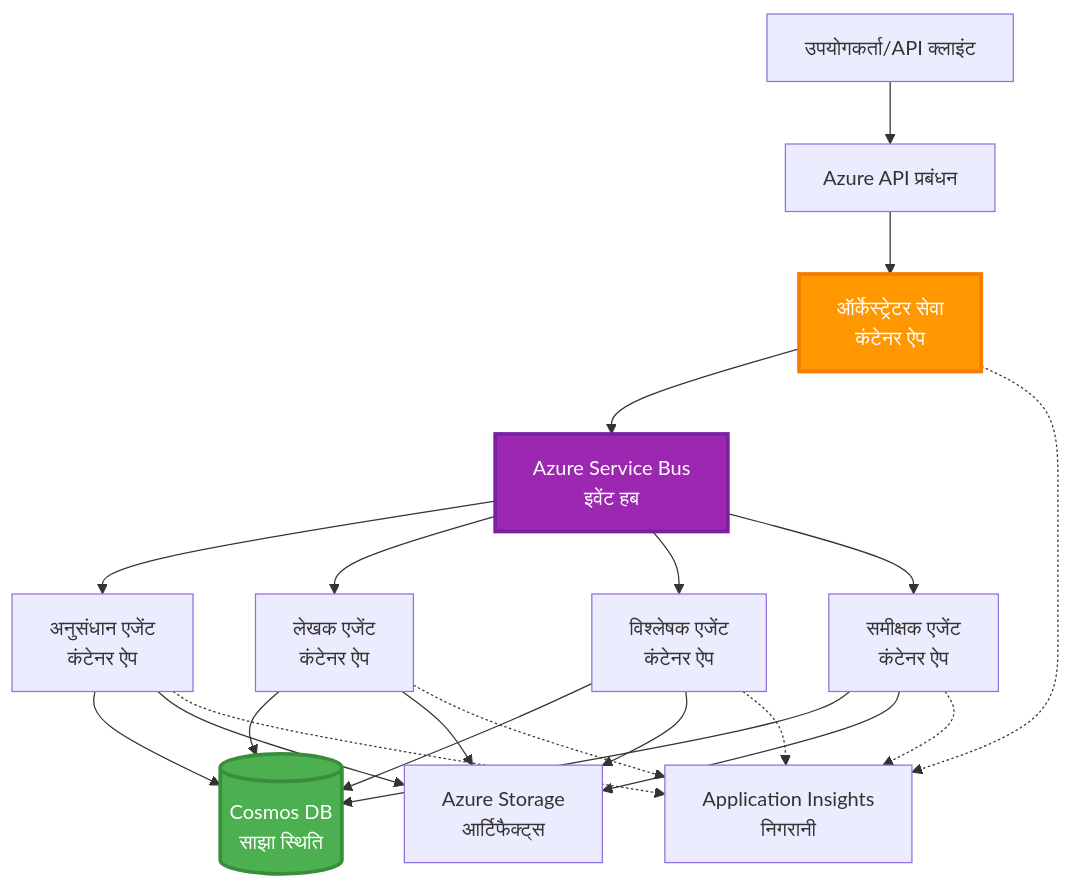
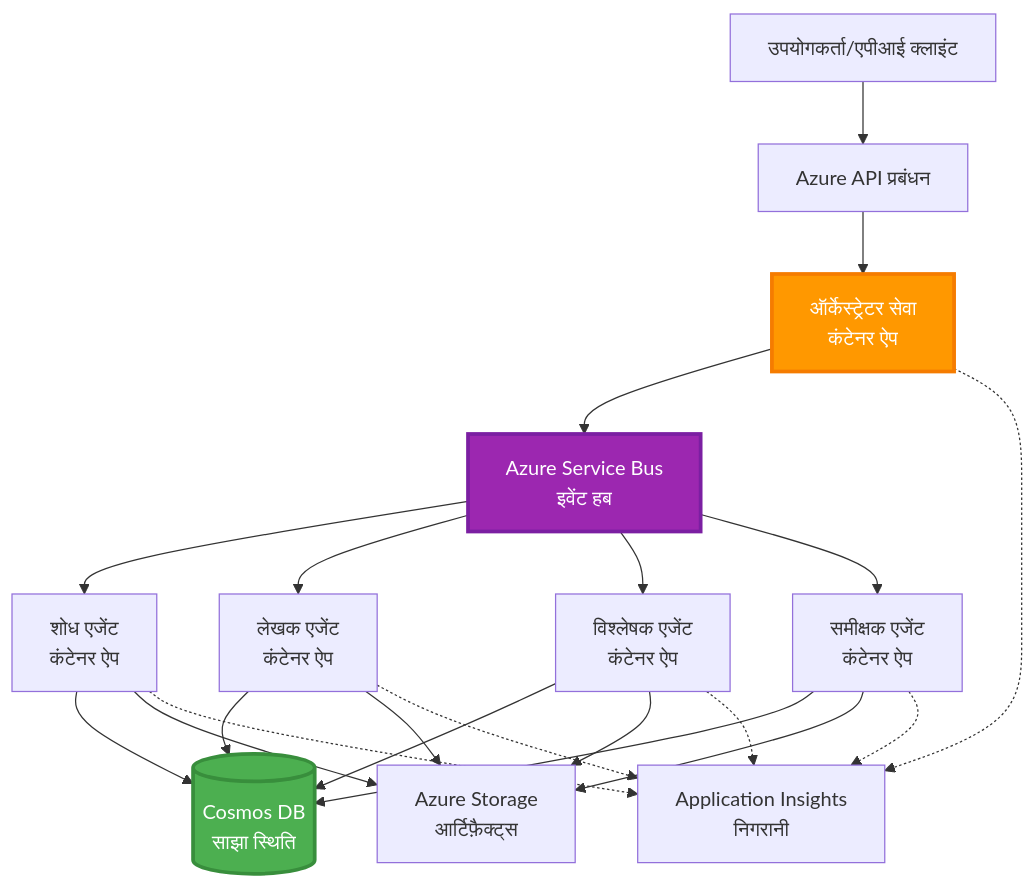
One commit to microsoft/AZD-for-beginners changed the sixth of 6 diagrams in translations/hi/docs/chapter-06-pre-deployment/coordination-patterns.md. Above: the diagram before and after it, drawn with Mermaid. The commit also changed other lines of this file and 101 other files, not shown here.

````diff
--- a/translations/hi/docs/chapter-06-pre-deployment/coordination-patterns.md
+++ b/translations/hi/docs/chapter-06-pre-deployment/coordination-patterns.md
@@ -271,45 +265,45 @@
 ```mermaid
 graph TB
-    User[उपयोगकर्ता/API क्लाइंट]
+    User[उपयोगकर्ता/एपीआई क्लाइंट]
     APIM[Azure API प्रबंधन]
     Orchestrator[ऑर्केस्ट्रेटर सेवा<br/>कंटेनर ऐप]
     ServiceBus[Azure Service Bus<br/>इवेंट हब]
     
-    Agent1[अनुसंधान एजेंट<br/>कंटेनर ऐप]
+    Agent1[शोध एजेंट<br/>कंटेनर ऐप]
     Agent2[लेखक एजेंट<br/>कंटेनर ऐप]
     Agent3[विश्लेषक एजेंट<br/>कंटेनर ऐप]
     Agent4[समीक्षक एजेंट<br/>कंटेनर ऐप]
     
     CosmosDB[(Cosmos DB<br/>साझा स्थिति)]
-    Storage[Azure Storage<br/>आर्टिफैक्ट्स]
+    Storage[Azure Storage<br/>आर्टिफ़ैक्ट्स]
     AppInsights[Application Insights<br/>निगरानी]
     
     User --> APIM
     APIM --> Orchestrator
     
     Orchestrator --> ServiceBus
     ServiceBus --> Agent1
     ServiceBus --> Agent2
     ServiceBus --> Agent3
     ServiceBus --> Agent4
     
     Agent1 --> CosmosDB
     Agent2 --> CosmosDB
     Agent3 --> CosmosDB
     Agent4 --> CosmosDB
     
     Agent1 --> Storage
     Agent2 --> Storage
     Agent3 --> Storage
     Agent4 --> Storage
     
     Orchestrator -.-> AppInsights
     Agent1 -.-> AppInsights
     Agent2 -.-> AppInsights
     Agent3 -.-> AppInsights
     Agent4 -.-> AppInsights
     
     style Orchestrator fill:#FF9800,stroke:#F57C00,stroke-width:3px,color:#fff
     style ServiceBus fill:#9C27B0,stroke:#7B1FA2,stroke-width:3px,color:#fff
     style CosmosDB fill:#4CAF50,stroke:#388E3C,stroke-width:3px,color:#fff
 ```
````
